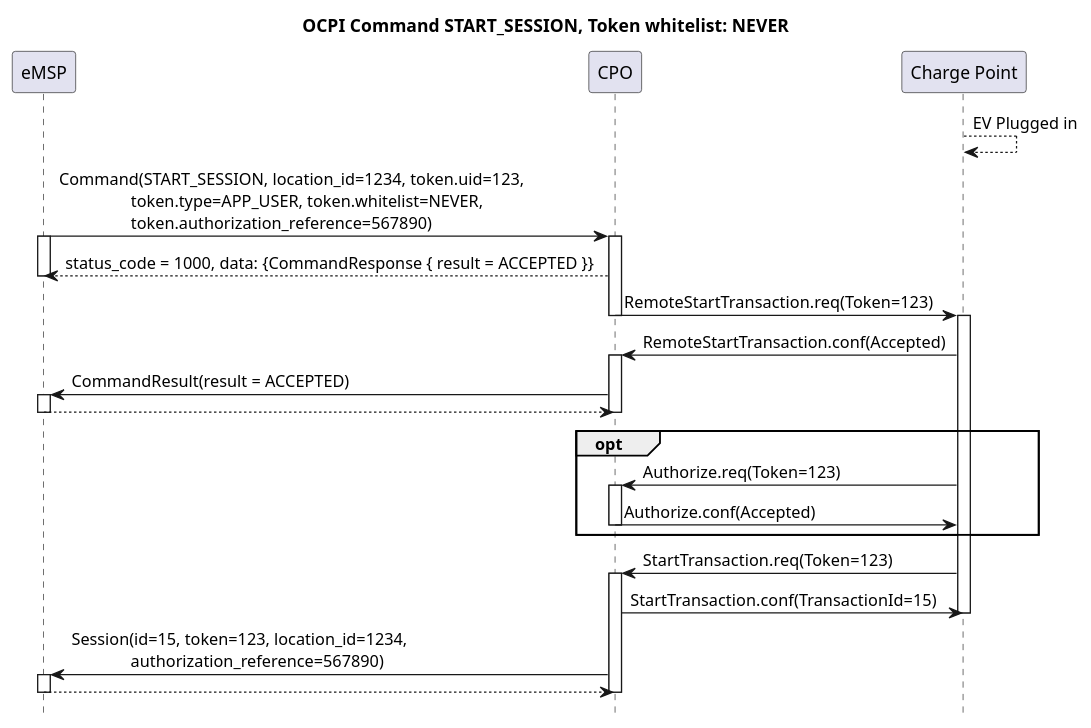
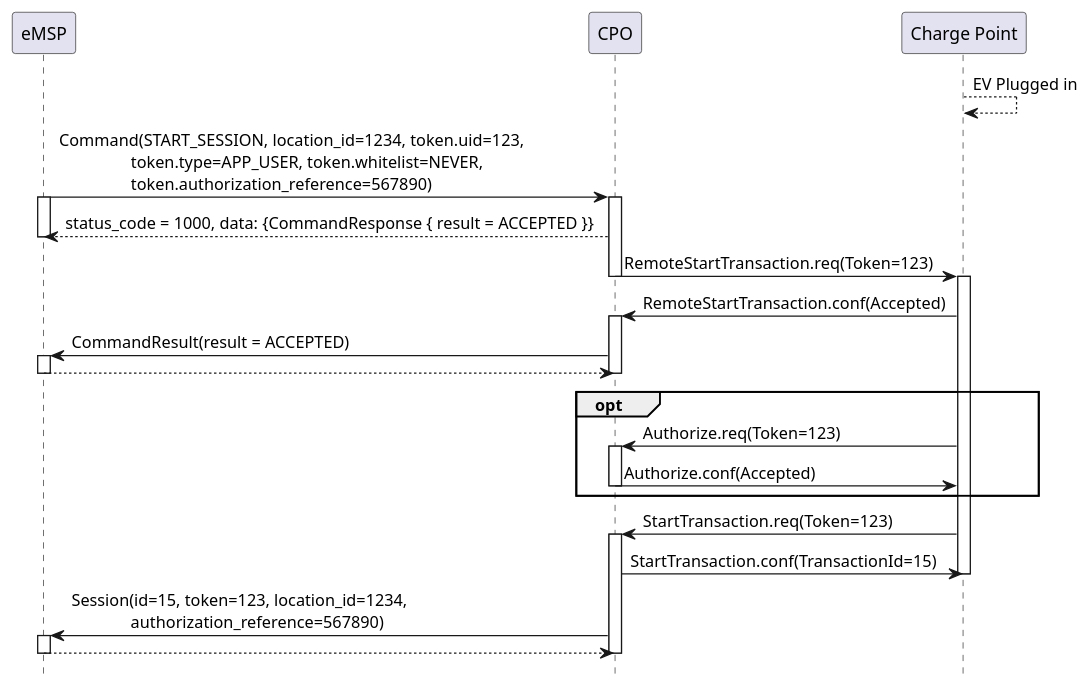
Before and after one commit to ocpi/ocpi: the diagram in plantuml/command_start_session_whitelist_never.plantuml, drawn with PlantUML. The commit also changed 15 other files, not shown here.

```diff
--- a/plantuml/command_start_session_whitelist_never.plantuml
+++ b/plantuml/command_start_session_whitelist_never.plantuml
@@ -1,44 +1,43 @@
 @startuml
-title OCPI Command START_SESSION, Token whitelist: NEVER
 hide footbox
 
 participant eMSP
 participant CPO
 participant "Charge Point" as CP
 
 CP   --> CP: EV Plugged in
 
 eMSP ->  CPO:  Command(START_SESSION, location_id=1234, token.uid=123,\n                 token.type=APP_USER, token.whitelist=NEVER,\n                 token.authorization_reference=567890)
 activate eMSP
 activate CPO
 CPO  --> eMSP: status_code = 1000, data: {CommandResponse { result = ACCEPTED }}
 deactivate eMSP
 
 CPO  ->  CP:   RemoteStartTransaction.req(Token=123)
 deactivate CPO
 activate CP
 CP   ->  CPO:  RemoteStartTransaction.conf(Accepted)
 activate CPO
 CPO  ->  eMSP: CommandResult(result = ACCEPTED)
 activate eMSP
 eMSP --> CPO:
 deactivate CPO
 deactivate eMSP
 
 opt
   CP   ->  CPO:  Authorize.req(Token=123)
   activate CPO
   CPO  ->  CP:   Authorize.conf(Accepted)
   deactivate CPO
 end
 
 CP   ->  CPO:  StartTransaction.req(Token=123)
 activate CPO
 CPO  ->  CP:   StartTransaction.conf(TransactionId=15)
 deactivate CP
 CPO  ->  eMSP: Session(id=15, token=123, location_id=1234,\n              authorization_reference=567890)
 activate eMSP
 eMSP --> CPO:
 deactivate CPO
 deactivate eMSP
 @enduml
```
